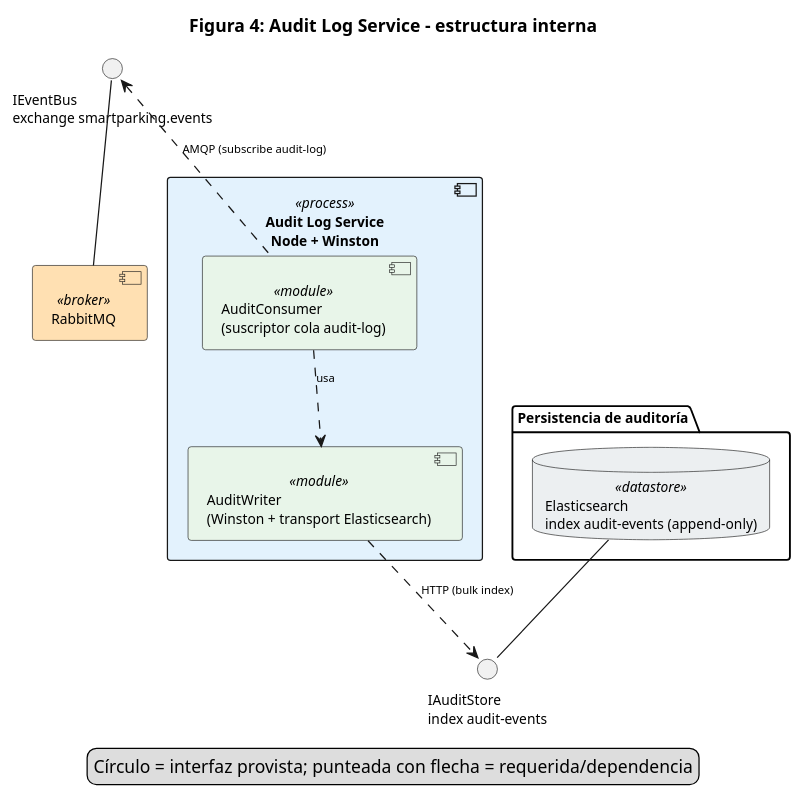
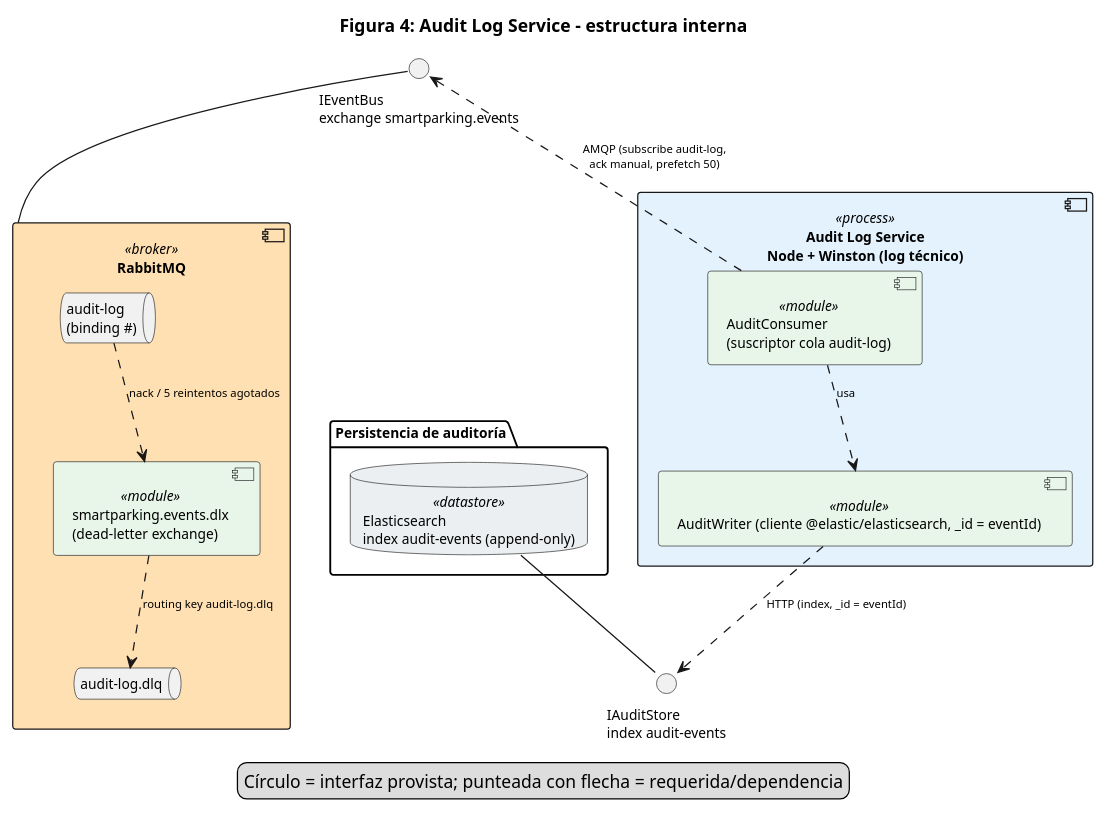
Before and after one commit to martinbernheim/smartparking-arqsoft: the diagram in docs/diagramas/04-audit-interna.puml, drawn with PlantUML. The commit also changed 10 other files, not shown here.

```diff
--- a/docs/diagramas/04-audit-interna.puml
+++ b/docs/diagramas/04-audit-interna.puml
@@ -1,41 +1,47 @@
 @startuml
 skinparam componentStyle uml2
 skinparam shadowing false
 skinparam defaultFontSize 11
 skinparam ArrowFontSize 9
 skinparam nodesep 20
 skinparam ranksep 30
 skinparam component {
   BackgroundColor<<process>> #E3F2FD
   BackgroundColor<<webapp>> #FFF8E1
   BackgroundColor<<reverse proxy / load balancer>> #F3E5F5
   BackgroundColor<<broker>> #FFE0B2
   BackgroundColor<<module>> #E8F5E9
   BackgroundColor<<adapter>> #FFFDE7
 }
 skinparam database {
   BackgroundColor<<datastore>> #ECEFF1
   BackgroundColor<<cache>> #FFEBEE
 }
 
 title Figura 4: Audit Log Service – estructura interna
 
-component "Audit Log Service\nNode + Winston" as Audit <<process>> {
+component "Audit Log Service\nNode + Winston (log técnico)" as Audit <<process>> {
   component "AuditConsumer\n(suscriptor cola audit-log)" as Consumer <<module>>
-  component "AuditWriter\n(Winston + transport Elasticsearch)" as Writer <<module>>
+  component "AuditWriter (cliente @elastic/elasticsearch, _id = eventId)" as Writer <<module>>
 }
 interface "IEventBus\nexchange smartparking.events" as IEventBus
 interface "IAuditStore\nindex audit-events" as IAuditStore
-component "RabbitMQ" as MQ <<broker>>
+component "RabbitMQ" as MQ <<broker>> {
+  queue "audit-log\n(binding #)" as Q
+  component "smartparking.events.dlx\n(dead-letter exchange)" as DLX <<module>>
+  queue "audit-log.dlq" as DLQ
+}
 package "Persistencia de auditoría" {
   database "Elasticsearch\nindex audit-events (append-only)" as ES <<datastore>>
 }
 MQ -up- IEventBus
 ES -down- IAuditStore
 Consumer ..> Writer : usa
-Consumer .up.> IEventBus : AMQP (subscribe audit-log)
-Writer .down.> IAuditStore : HTTP (bulk index)
+Consumer .up.> IEventBus : AMQP (subscribe audit-log,\nack manual, prefetch 50)
+Q ..> DLX : nack / 5 reintentos agotados
+DLX ..> DLQ : routing key audit-log.dlq
+Writer .down.> IAuditStore : HTTP (index, _id = eventId)
 legend bottom
   Círculo = interfaz provista; punteada con flecha = requerida/dependencia
 end legend
 @enduml
```
